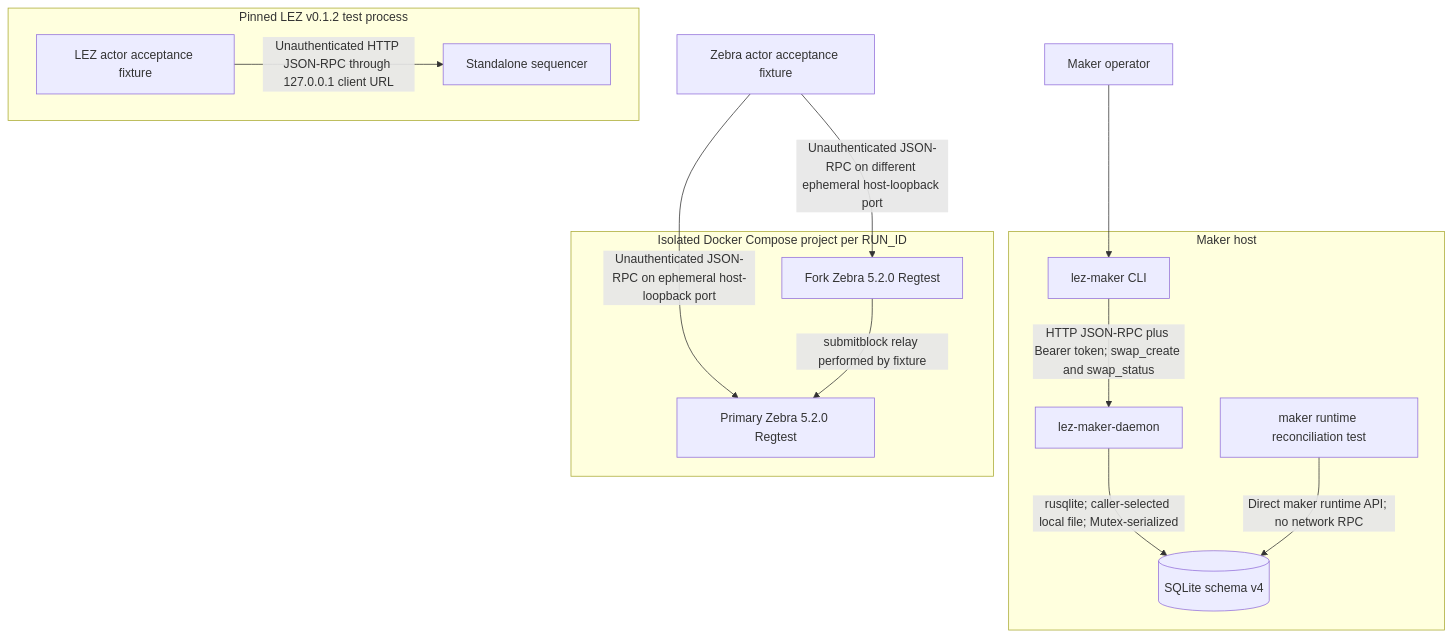
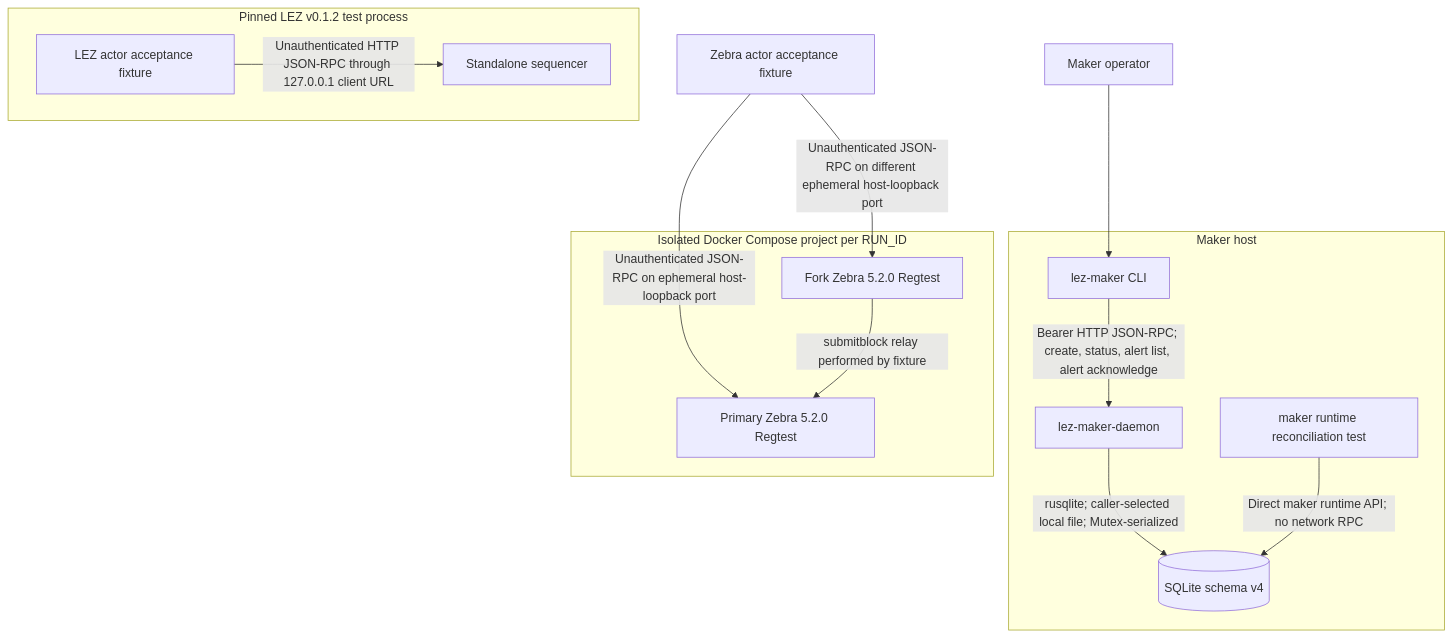
The first of 3 diagrams in docs/architecture/deployment-components-and-rpcs.md (gateway-fm/lez-atomic-swaps), drawn with Mermaid before and after one commit. The commit also changed other lines of this file and 9 other files, not shown here.

````diff
--- a/docs/architecture/deployment-components-and-rpcs.md
+++ b/docs/architecture/deployment-components-and-rpcs.md
@@ -13,32 +13,32 @@
 ```mermaid
 flowchart TB
     Operator["Maker operator"]
 
     subgraph MakerHost["Maker host"]
         CLI["lez-maker CLI"]
         Daemon["lez-maker-daemon"]
         Store[("SQLite schema v4")]
         RuntimeTest["maker runtime reconciliation test"]
     end
 
     subgraph ZebraProject["Isolated Docker Compose project per RUN_ID"]
         ZebraPrimary["Primary Zebra 5.2.0 Regtest"]
         ZebraFork["Fork Zebra 5.2.0 Regtest"]
     end
 
     ZebraTest["Zebra actor acceptance fixture"]
 
     subgraph LezProcess["Pinned LEZ v0.1.2 test process"]
         LezTest["LEZ actor acceptance fixture"]
         LezNode["Standalone sequencer"]
     end
 
     Operator --> CLI
-    CLI -->|"HTTP JSON-RPC plus Bearer token; swap_create and swap_status"| Daemon
+    CLI -->|"Bearer HTTP JSON-RPC; create, status, alert list, alert acknowledge"| Daemon
     Daemon -->|"rusqlite; caller-selected local file; Mutex-serialized"| Store
     RuntimeTest -->|"Direct maker runtime API; no network RPC"| Store
     ZebraTest -->|"Unauthenticated JSON-RPC on ephemeral host-loopback port"| ZebraPrimary
     ZebraTest -->|"Unauthenticated JSON-RPC on different ephemeral host-loopback port"| ZebraFork
     ZebraFork -->|"submitblock relay performed by fixture"| ZebraPrimary
     LezTest -->|"Unauthenticated HTTP JSON-RPC through 127.0.0.1 client URL"| LezNode
 ```
````
